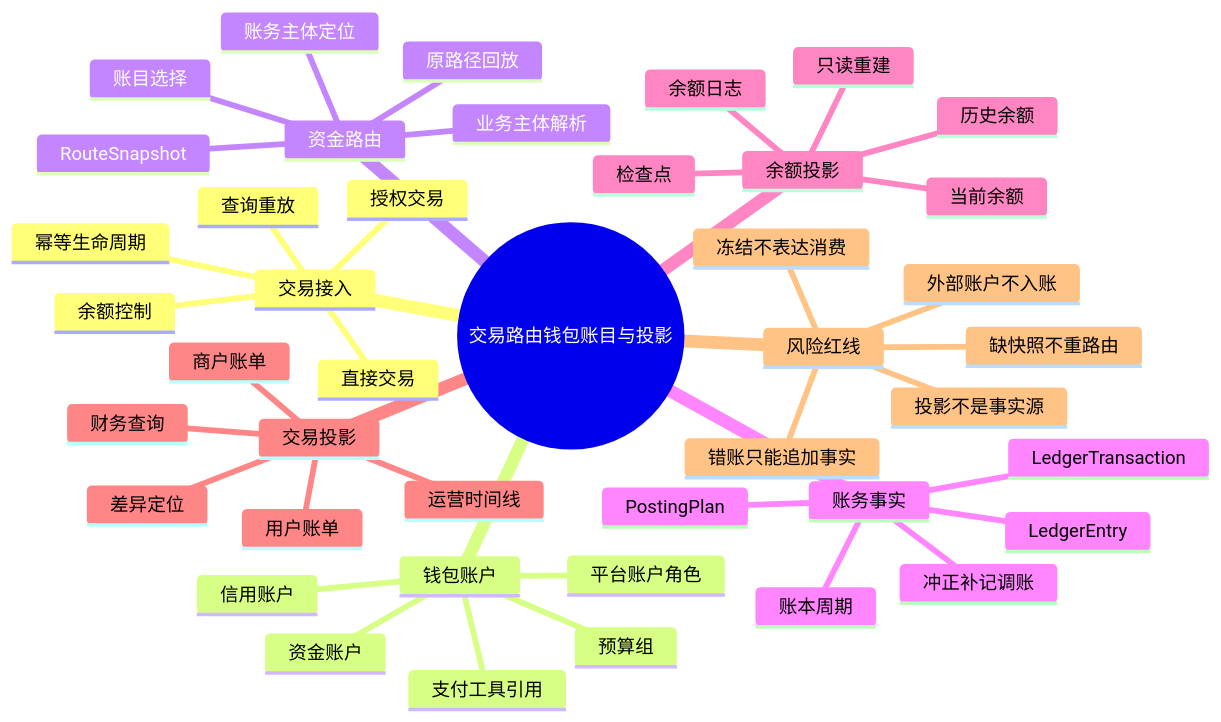
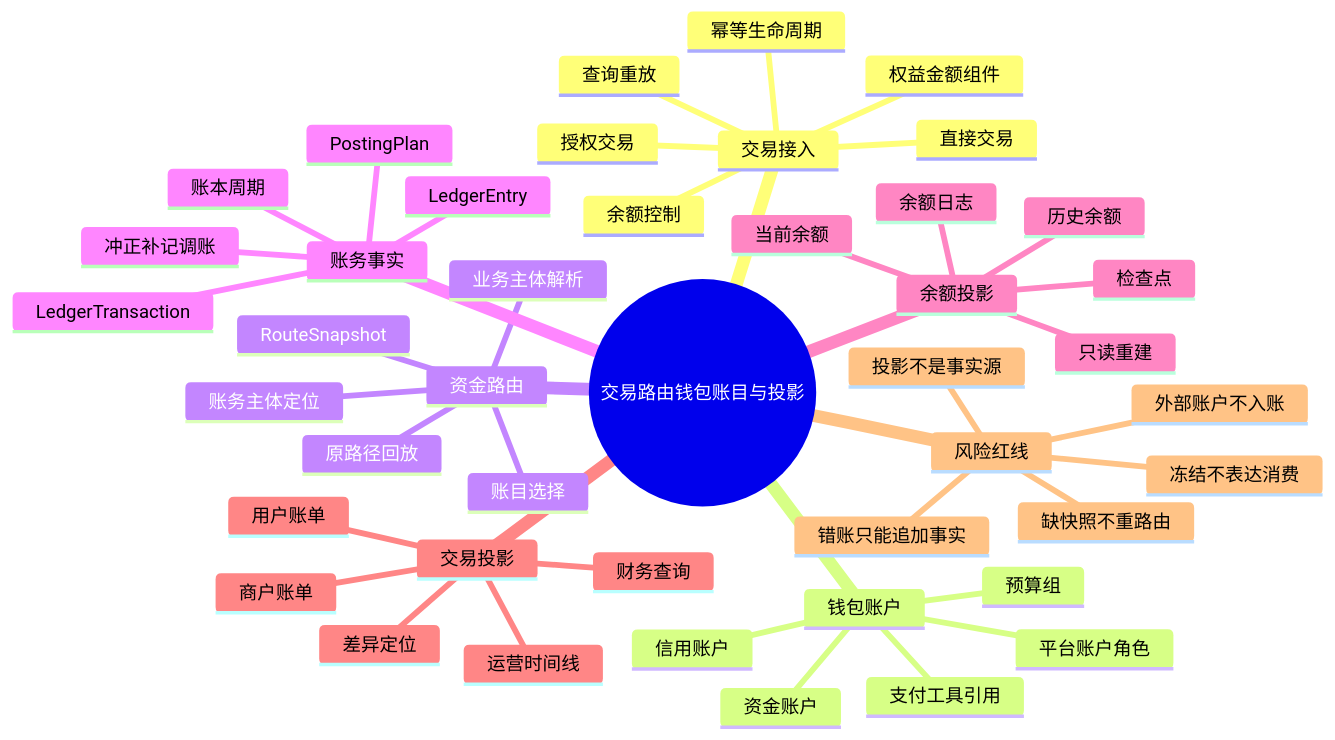
One commit to fengwuxp/wind-funds changed the second of 22 diagrams in docs/产品设计/02-交易路由钱包账目与投影.md. Above: the diagram before and after it, drawn with Mermaid. The commit also changed other lines of this file and 43 other files, not shown here.

````diff
--- a/docs/产品设计/02-交易路由钱包账目与投影.md
+++ b/docs/产品设计/02-交易路由钱包账目与投影.md
@@ -57,46 +59,47 @@
 ```mermaid
 mindmap
   root((交易路由钱包账目与投影))
     交易接入
       直接交易
       授权交易
       余额控制
+      权益金额组件
       幂等生命周期
       查询重放
     钱包账户
       资金账户
       信用账户
       预算组
       平台账户角色
       支付工具引用
     资金路由
       业务主体解析
       账务主体定位
       账目选择
       RouteSnapshot
       原路径回放
     账务事实
       PostingPlan
       LedgerTransaction
       LedgerEntry
       账本周期
       冲正补记调账
     余额投影
       当前余额
       历史余额
       余额日志
       检查点
       只读重建
     交易投影
       用户账单
       商户账单
       运营时间线
       财务查询
       差异定位
     风险红线
       外部账户不入账
       投影不是事实源
       冻结不表达消费
       缺快照不重路由
       错账只能追加事实
 ```
````
